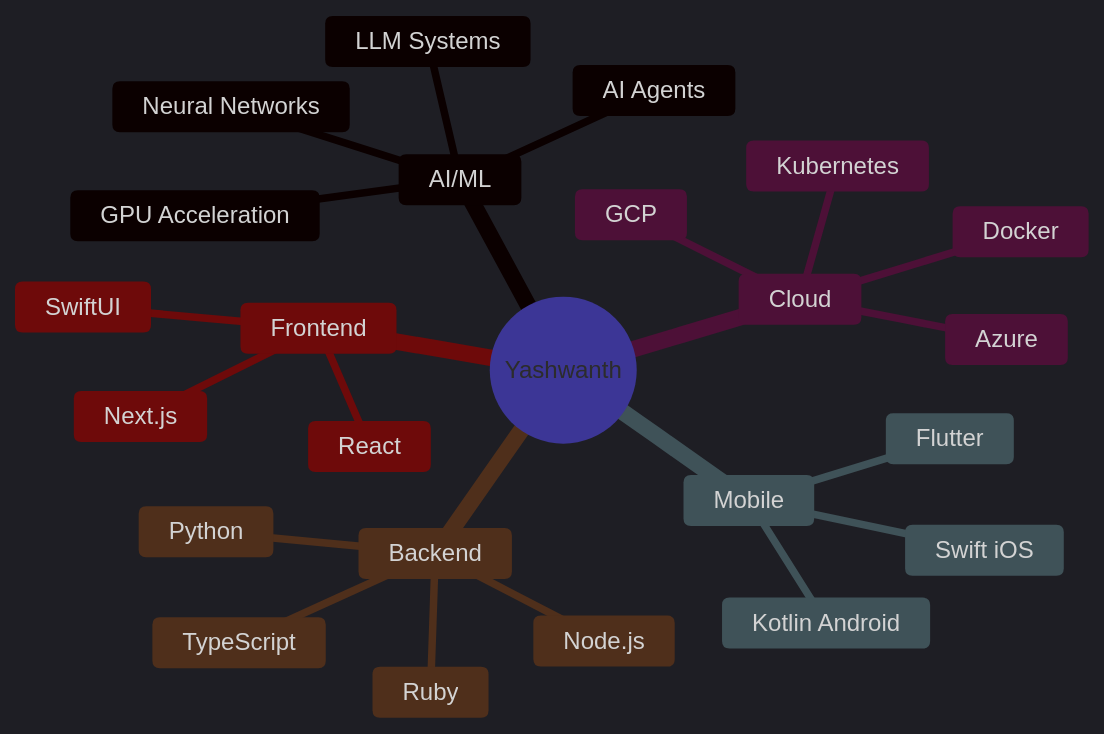
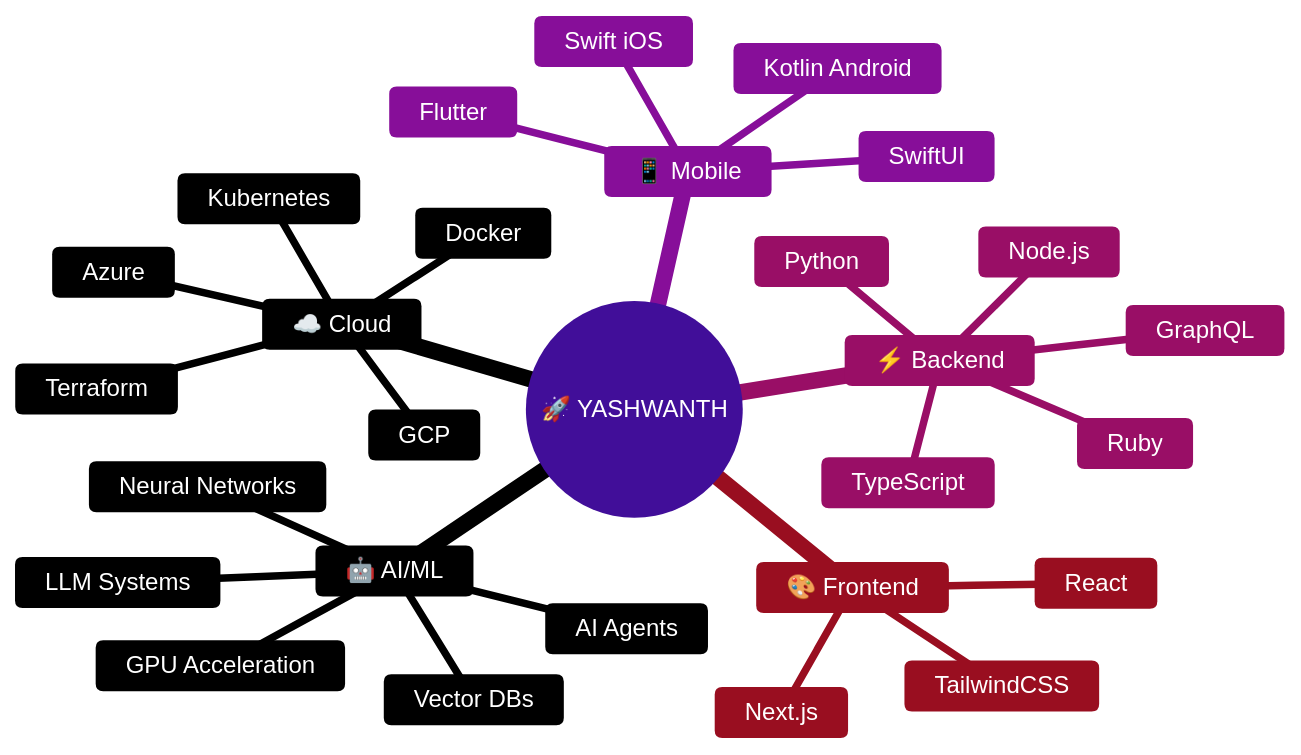
The first of 3 diagrams in README.md (yash1511-bogam/yash1511-bogam), drawn with Mermaid before and after one commit. The commit also changed other lines of this file, not shown here.

````diff
--- a/README.md
+++ b/README.md
@@ -18,28 +22,32 @@
 ```mermaid
-%%{init: {'theme': 'dark', 'themeVariables': { 'primaryColor': '#6366f1', 'primaryTextColor': '#fff', 'primaryBorderColor': '#818cf8', 'lineColor': '#818cf8', 'secondaryColor': '#1e1b4b', 'tertiaryColor': '#312e81'}}}%%
+%%{init: {'theme': 'base', 'themeVariables': { 'primaryColor': '#7c3aed', 'primaryTextColor': '#ffffff', 'primaryBorderColor': '#06b6d4', 'lineColor': '#06b6d4', 'secondaryColor': '#0d0d0d', 'tertiaryColor': '#1a1a2e', 'background': '#0d0d0d', 'mainBkg': '#1a1a2e', 'nodeBorder': '#7c3aed', 'clusterBkg': '#1a1a2e', 'titleColor': '#06b6d4'}}}%%
 mindmap
-  root((Yashwanth))
-    AI/ML
+  root((🚀 YASHWANTH))
+    🤖 AI/ML
       GPU Acceleration
       LLM Systems
       Neural Networks
       AI Agents
-    Cloud
+      Vector DBs
+    ☁️ Cloud
       GCP
       Azure
       Kubernetes
       Docker
-    Mobile
+      Terraform
+    📱 Mobile
       Swift iOS
       Kotlin Android
       Flutter
-    Backend
+      SwiftUI
+    ⚡ Backend
       TypeScript
       Python
       Ruby
       Node.js
-    Frontend
+      GraphQL
+    🎨 Frontend
       React
-      SwiftUI
       Next.js
+      TailwindCSS
 ```
````
